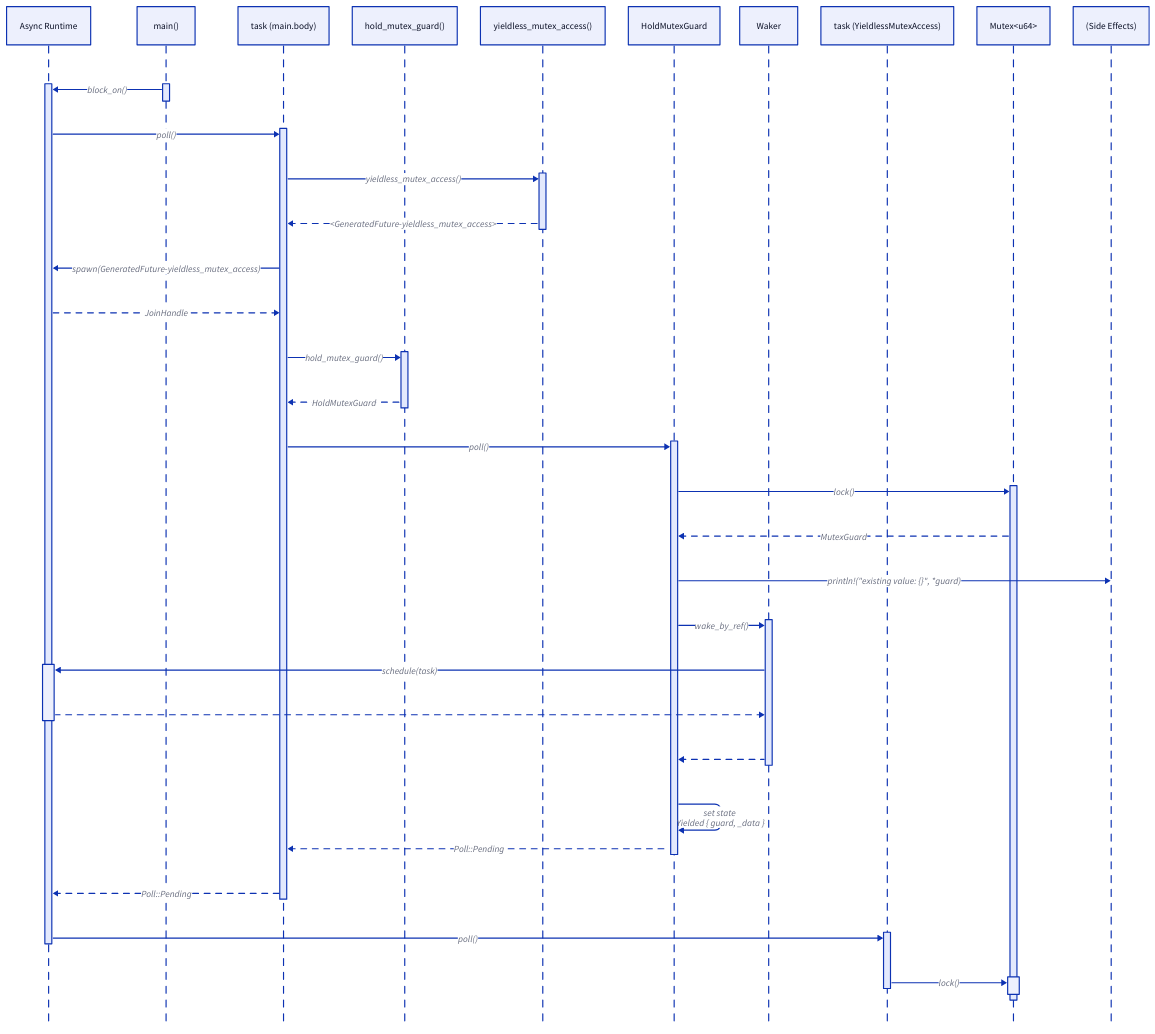
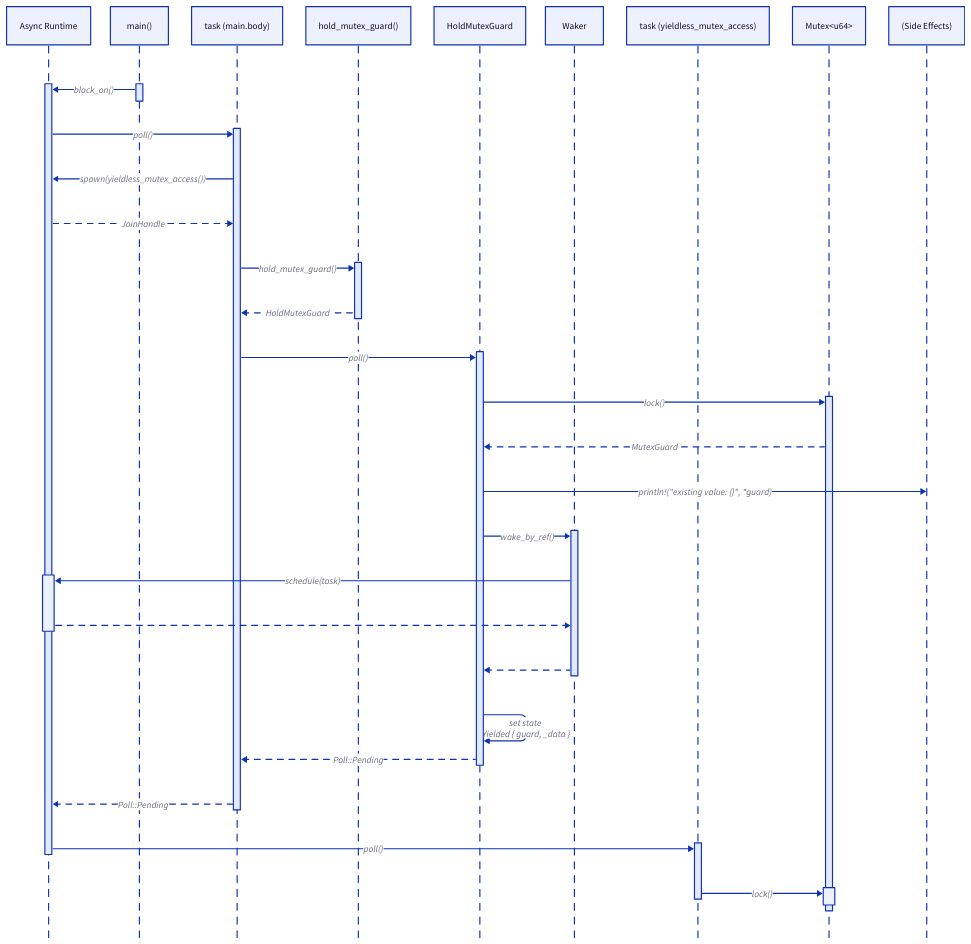
One commit to hds/hegdenu.net changed the diagram in resources/understanding-async-await/diagrams/hold_mutex_guard-sequence_diagram.d2. Above: the diagram before and after it, drawn with D2. The commit also changed 6 other files, not shown here.

```diff
--- a/resources/understanding-async-await/diagrams/hold_mutex_guard-sequence_diagram.d2
+++ b/resources/understanding-async-await/diagrams/hold_mutex_guard-sequence_diagram.d2
@@ -1,56 +1,51 @@
 shape: sequence_diagram
 
 runtime: Async Runtime
 main: main()
 main_task: task (main.body)
 fn_hold_mutex_guard: hold_mutex_guard()
-fn_yieldless_mutex_access: yieldless_mutex_access()
 hold_mutex_guard: HoldMutexGuard
 waker: Waker
-yieldless_mutex_access: task (YieldlessMutexAccess)
+yieldless_mutex_access: task (yieldless_mutex_access)
 mutex: Mutex<u64>
 sa: (Side Effects)
 
 main.fn -> runtime.block: block_on()
 runtime.block -> main_task.poll1: poll()
 
-main_task.poll1 -> fn_yieldless_mutex_access.fn: yieldless_mutex_access()
-main_task.poll1 <- fn_yieldless_mutex_access.fn: <GeneratedFuture-yieldless_mutex_access> {
-  style.stroke-dash: 5
-}
-main_task.poll1 -> runtime.block: spawn(GeneratedFuture-yieldless_mutex_access)
+main_task.poll1 -> runtime.block: spawn(yieldless_mutex_access())
 main_task.poll1 <- runtime.block: JoinHandle {
   style.stroke-dash: 5
 }
 
 main_task.poll1 -> fn_hold_mutex_guard.fn: hold_mutex_guard()
 main_task.poll1 <- fn_hold_mutex_guard.fn: HoldMutexGuard {
   style.stroke-dash: 5
 }
 
 main_task.poll1 -> hold_mutex_guard.poll1: poll()
 hold_mutex_guard.poll1 -> mutex.lock1: lock()
 hold_mutex_guard.poll1 <- mutex.lock1: MutexGuard {
   style.stroke-dash: 5
 }
 hold_mutex_guard.poll1 -> sa: println!("existing value: \{\}", *guard)
 
 hold_mutex_guard.poll1 -> waker.fn: wake_by_ref()
 waker.fn -> runtime.block.schedule: schedule(task)
 waker.fn <- runtime.block.schedule: {
   style.stroke-dash: 5
 }
 hold_mutex_guard.poll1 <- waker.fn: {
   style.stroke-dash: 5
 }
 
 hold_mutex_guard.poll1 -> hold_mutex_guard.poll1: set state \nYielded \{ guard, _data \}
 main_task.poll1 <- hold_mutex_guard.poll1: Poll::Pending {
   style.stroke-dash: 5
 }
 runtime.block <- main_task.poll1: Poll::Pending {
   style.stroke-dash: 5
 }
 
 runtime.block -> yieldless_mutex_access.poll1: poll()
 yieldless_mutex_access.poll1 -> mutex.lock1.lock2: lock()
```
